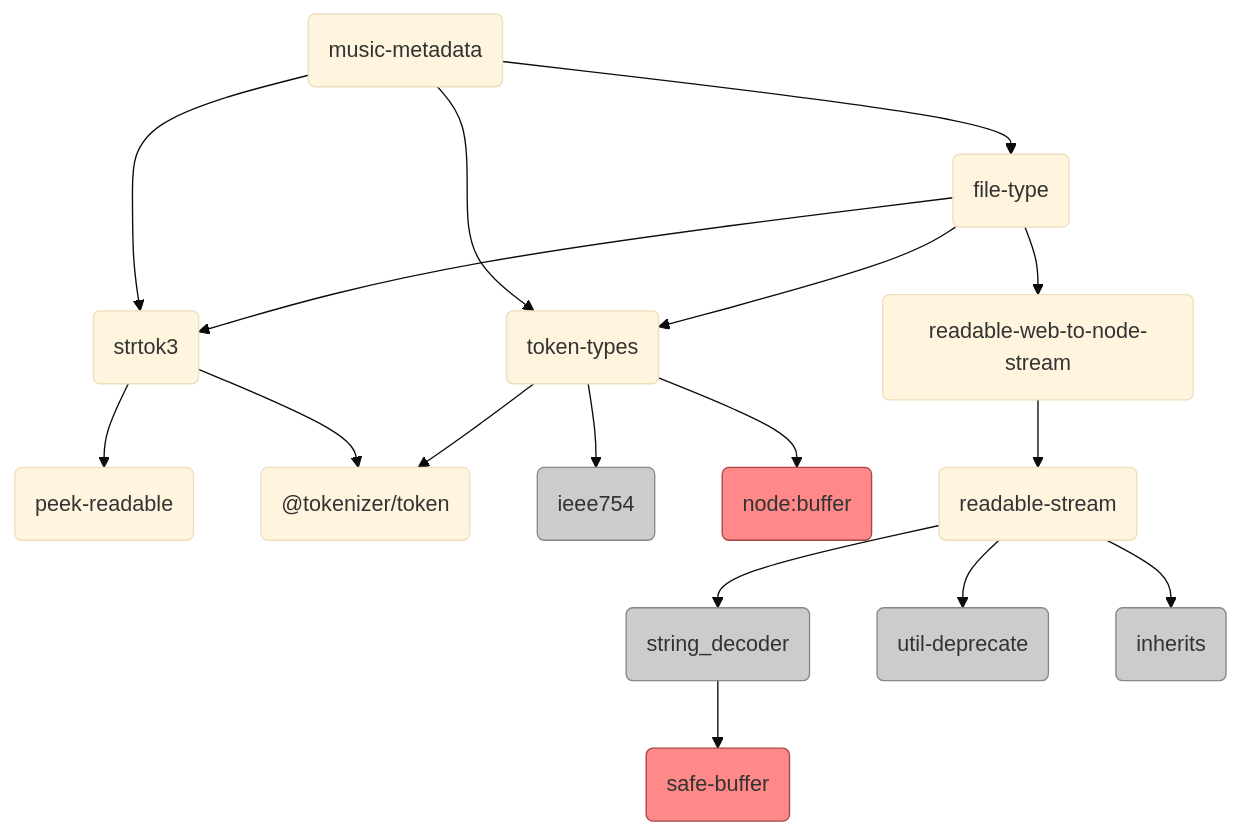
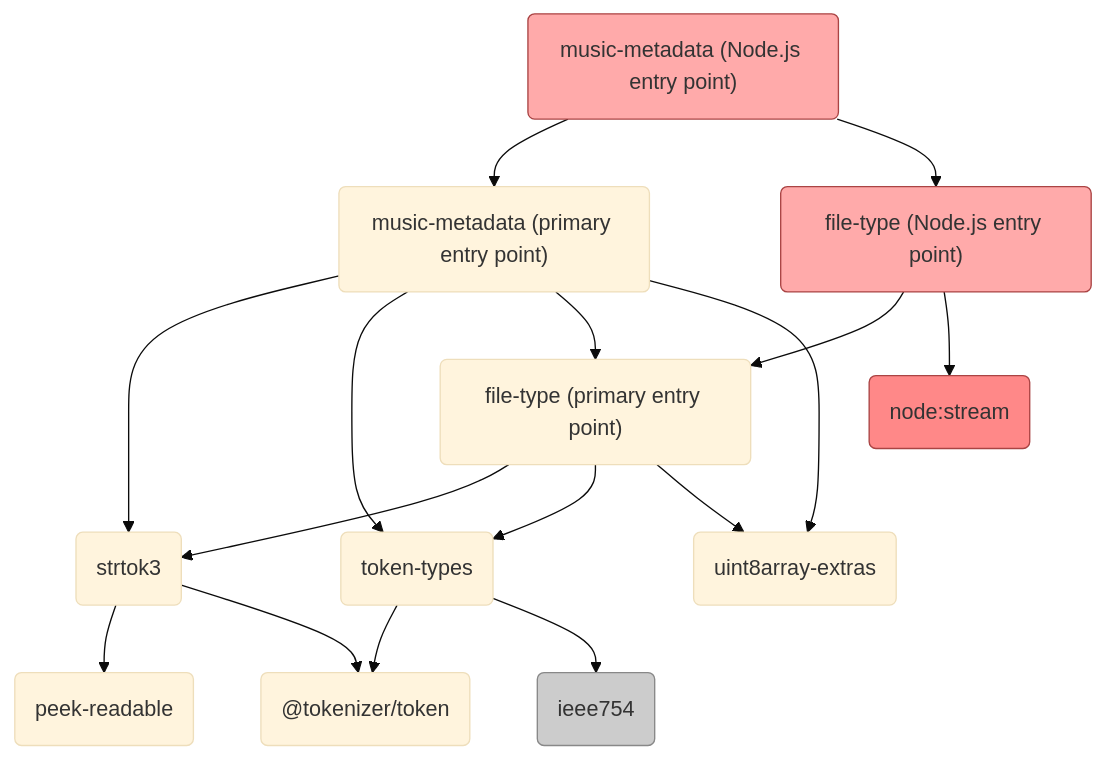
Before and after one commit to Borewit/music-metadata: the diagram in README.md, drawn with Mermaid (base theme). The commit also changed 54 other files, not shown here.

First line of the commit message:
feat: convert most Buffer usage to Uint8Array (#2103)

````diff
--- a/README.md
+++ b/README.md
@@ -106,25 +106,23 @@
 ```mermaid
 graph TD;
-    MM(music-metadata)-->S(strtok3)
-    MM-->TY(token-types)
-    MM-->FT(file-type)
+    MMN("music-metadata (Node.js entry point)")-->MMP
+    MMN-->FTN
+    MMP("music-metadata (primary entry point)")-->S(strtok3)
+    MMP-->TY(token-types)
+    MMP-->FTP
+    MMP-->UAE
+    FTN("file-type (Node.js entry point)")-->FTP
+    FTP("file-type (primary entry point)")-->S
     S(strtok3)-->P(peek-readable)
-    S-->TO("@tokenizer/token")
-    TY-->TO
+    S(strtok3)-->TO("@tokenizer/token")
+    TY(token-types)-->TO
     TY-->IE("ieee754")
-    FT-->RWNS(readable-web-to-node-stream)
-    FT-->S
-    FT-->TY
-    TY-->NB(node:buffer)
-    RWNS-->RS(readable-stream)
-    RS-->SD(string_decoder)
-    SD-->SB(safe-buffer)
-    RS-->UD(util-deprecate)
-    RS-->I(inherits)
-    style NB fill:#F88,stroke:#A44
-    style SB fill:#F88,stroke:#A44
-    style SD fill:#CCC,stroke:#888
+    FTP-->TY
+    NS("node:stream")
+    FTN-->NS
+    FTP-->UAE(uint8array-extras)
+    style NS fill:#F88,stroke:#A44
     style IE fill:#CCC,stroke:#888
-    style UD fill:#CCC,stroke:#888
-    style I fill:#CCC,stroke:#888
+    style FTN fill:#FAA,stroke:#A44
+    style MMN fill:#FAA,stroke:#A44
 ```
````
